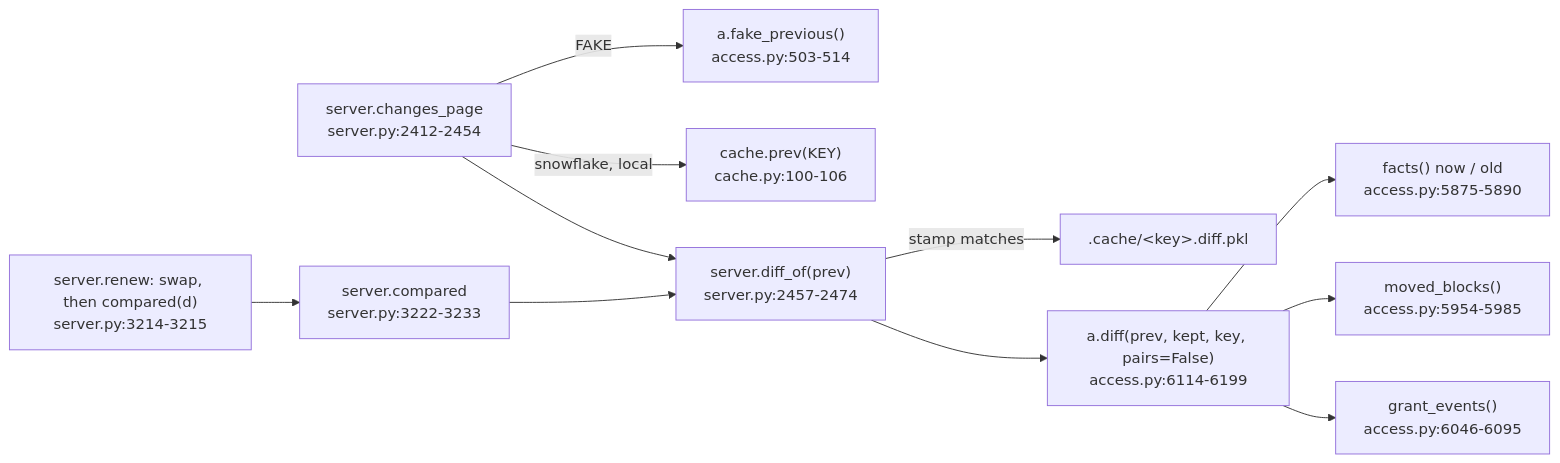
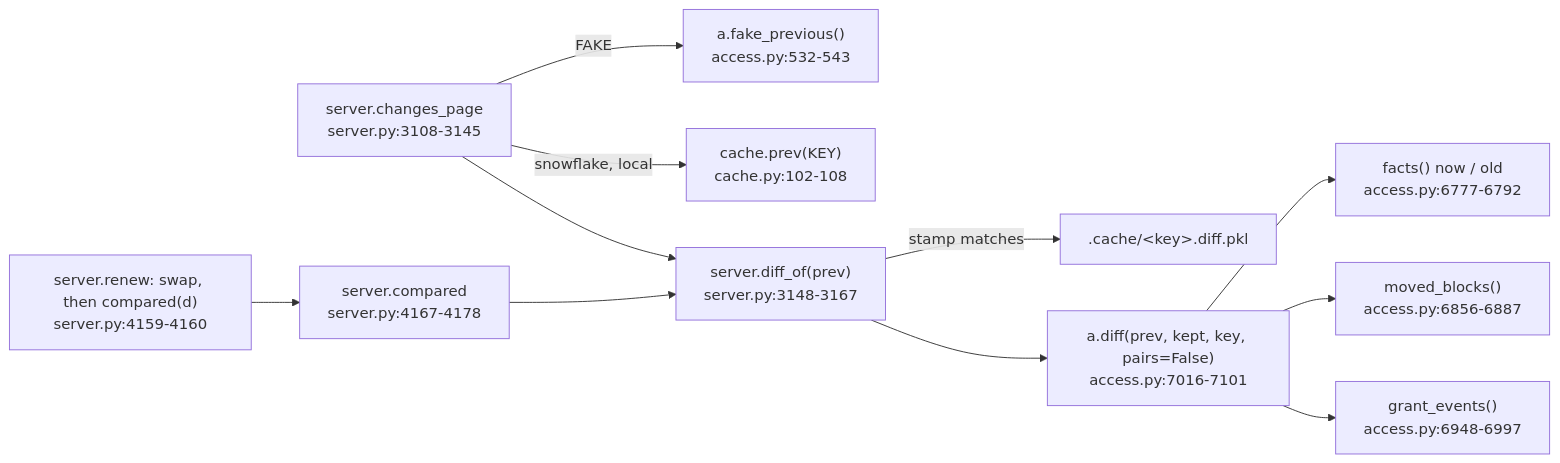
The diagram in snowflake-access-explorer-knowledge-graph/logic/diff.md (darshanmeel/snowflake-access-explorer), drawn with Mermaid before and after one commit. The commit also changed other lines of this file and 97 other files, not shown here.

First line of the commit message:
Knowledge graph: updated for 80 commits (read levels, object inventory, object activity, graph focus, risks, Home)

````diff
--- a/snowflake-access-explorer-knowledge-graph/logic/diff.md
+++ b/snowflake-access-explorer-knowledge-graph/logic/diff.md
@@ -6,13 +6,13 @@
 ```mermaid
 flowchart LR
-  RN["server.renew: swap, then compared(d)<br/>server.py:3214-3215"] --> CMP["server.compared<br/>server.py:3222-3233"]
-  CP["server.changes_page<br/>server.py:2412-2454"] -->|FAKE| FP["a.fake_previous()<br/>access.py:503-514"]
-  CP -->|snowflake, local| PR["cache.prev(KEY)<br/>cache.py:100-106"]
-  CP --> DO["server.diff_of(prev)<br/>server.py:2457-2474"]
+  RN["server.renew: swap, then compared(d)<br/>server.py:4159-4160"] --> CMP["server.compared<br/>server.py:4167-4178"]
+  CP["server.changes_page<br/>server.py:3108-3145"] -->|FAKE| FP["a.fake_previous()<br/>access.py:532-543"]
+  CP -->|snowflake, local| PR["cache.prev(KEY)<br/>cache.py:102-108"]
+  CP --> DO["server.diff_of(prev)<br/>server.py:3148-3167"]
   CMP --> DO
   DO -->|stamp matches| PK[".cache/&lt;key&gt;.diff.pkl"]
-  DO --> D["a.diff(prev, kept, key, pairs=False)<br/>access.py:6114-6199"]
-  D --> FN["facts() now / old<br/>access.py:5875-5890"]
-  D --> MB["moved_blocks()<br/>access.py:5954-5985"]
-  D --> GE["grant_events()<br/>access.py:6046-6095"]
+  DO --> D["a.diff(prev, kept, key, pairs=False)<br/>access.py:7016-7101"]
+  D --> FN["facts() now / old<br/>access.py:6777-6792"]
+  D --> MB["moved_blocks()<br/>access.py:6856-6887"]
+  D --> GE["grant_events()<br/>access.py:6948-6997"]
 ```
````
